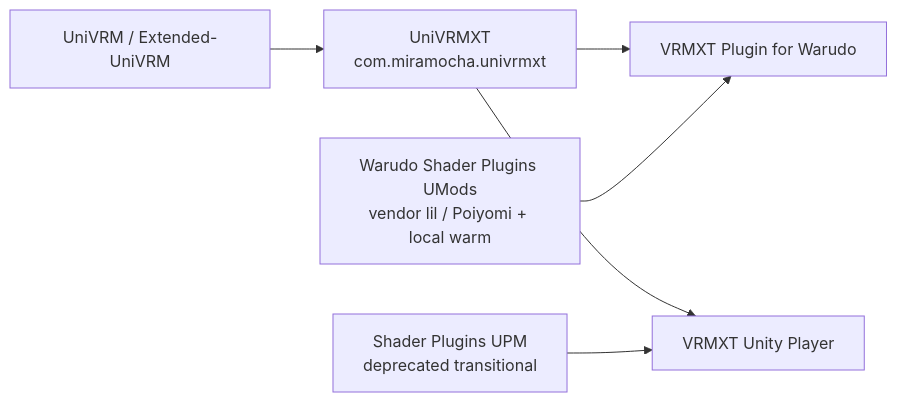
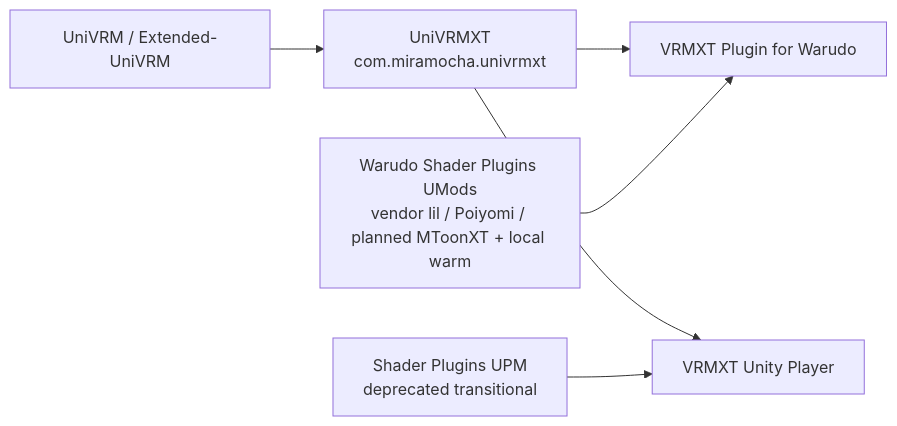
One commit to miramocha/Extended-VRM-Specs changed the first of 2 diagrams in implementations/vrmxt-unity-packages.md. Above: the diagram before and after it, drawn with Mermaid. The commit also changed other lines of this file and 10 other files, not shown here.

````diff
--- a/implementations/vrmxt-unity-packages.md
+++ b/implementations/vrmxt-unity-packages.md
@@ -45,14 +45,14 @@
 ```mermaid
 flowchart LR
   univrm["UniVRM / Extended-UniVRM"]
   univrmxt["UniVRMXT<br/>com.miramocha.univrmxt"]
   shaders["Shader Plugins UPM<br/>deprecated transitional"]
-  wshaders["Warudo Shader Plugins UMods<br/>vendor lil / Poiyomi + local warm"]
+  wshaders["Warudo Shader Plugins UMods<br/>vendor lil / Poiyomi / planned MToonXT + local warm"]
   warudo["VRMXT Plugin for Warudo"]
   player["VRMXT Unity Player"]
   univrm --> univrmxt
   univrmxt --> warudo
   wshaders --> warudo
   univrmxt --> player
   shaders --> player
 ```
````
